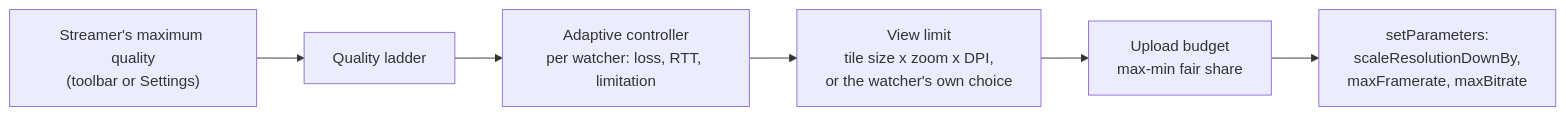
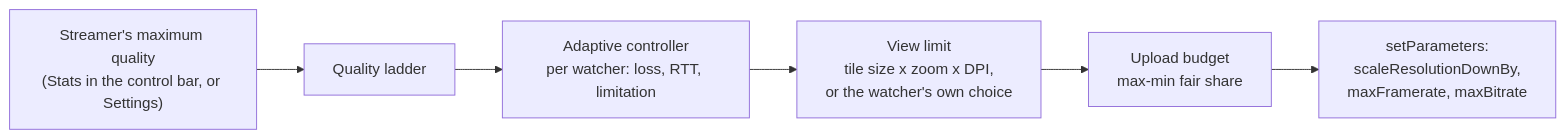
Before and after one commit to nsfxu/lan-screenshare: the third of 6 diagrams in docs/en-US/media-pipeline.md, drawn with Mermaid. The commit also changed other lines of this file and 23 other files, not shown here.

First line of the commit message:
Give everyone a tile, with a control bar and room details behind ⓘ

````diff
--- a/docs/en-US/media-pipeline.md
+++ b/docs/en-US/media-pipeline.md
@@ -107,8 +107,8 @@
 ```mermaid
 flowchart LR
-  A["Streamer's maximum quality<br/>(toolbar or Settings)"] --> L["Quality ladder"]
+  A["Streamer's maximum quality<br/>(Stats in the control bar, or Settings)"] --> L["Quality ladder"]
   L --> B["Adaptive controller<br/>per watcher: loss, RTT, limitation"]
   B --> C["View limit<br/>tile size x zoom x DPI,<br/>or the watcher's own choice"]
   C --> D["Upload budget<br/>max-min fair share"]
   D --> E["setParameters:<br/>scaleResolutionDownBy,<br/>maxFramerate, maxBitrate"]
 ```
````
